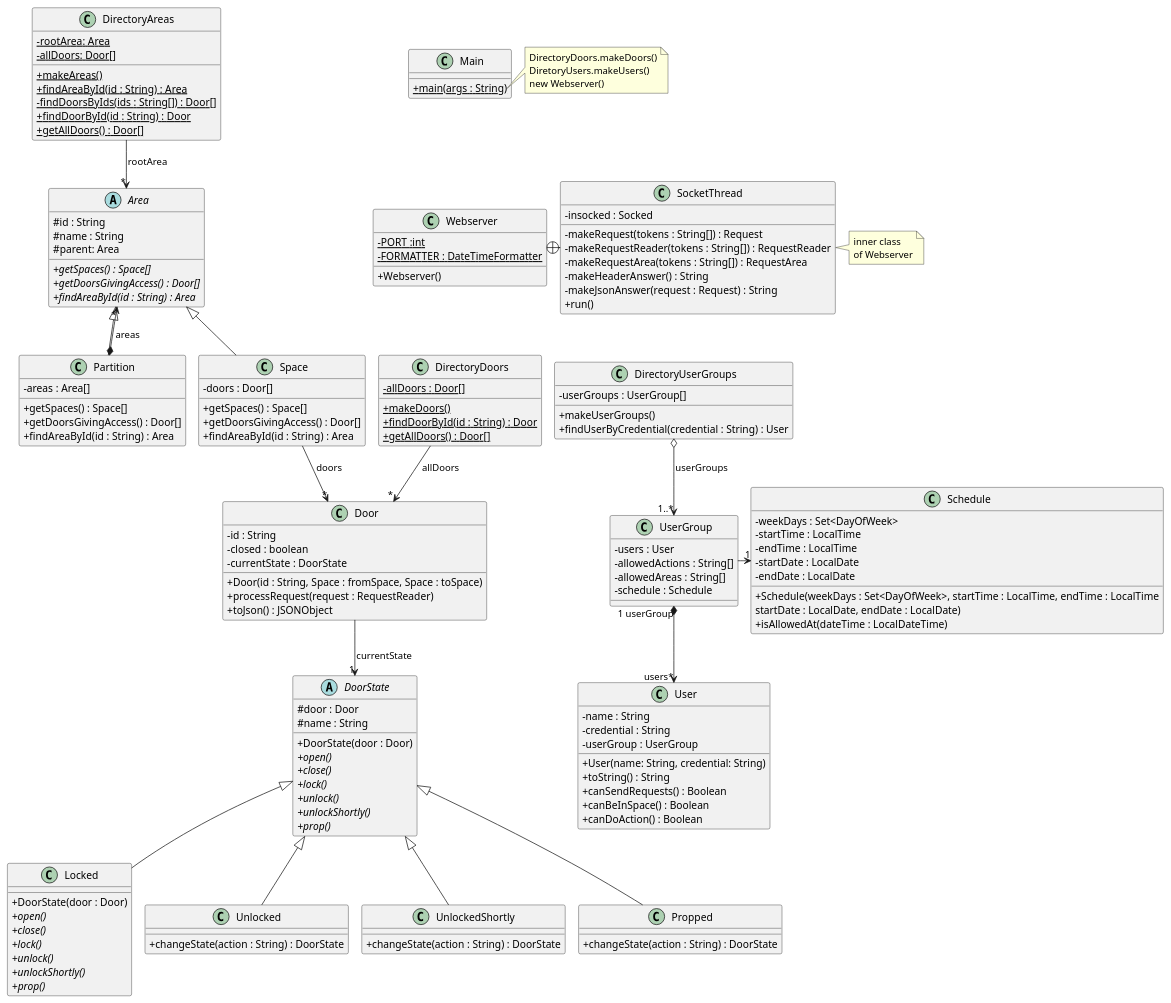
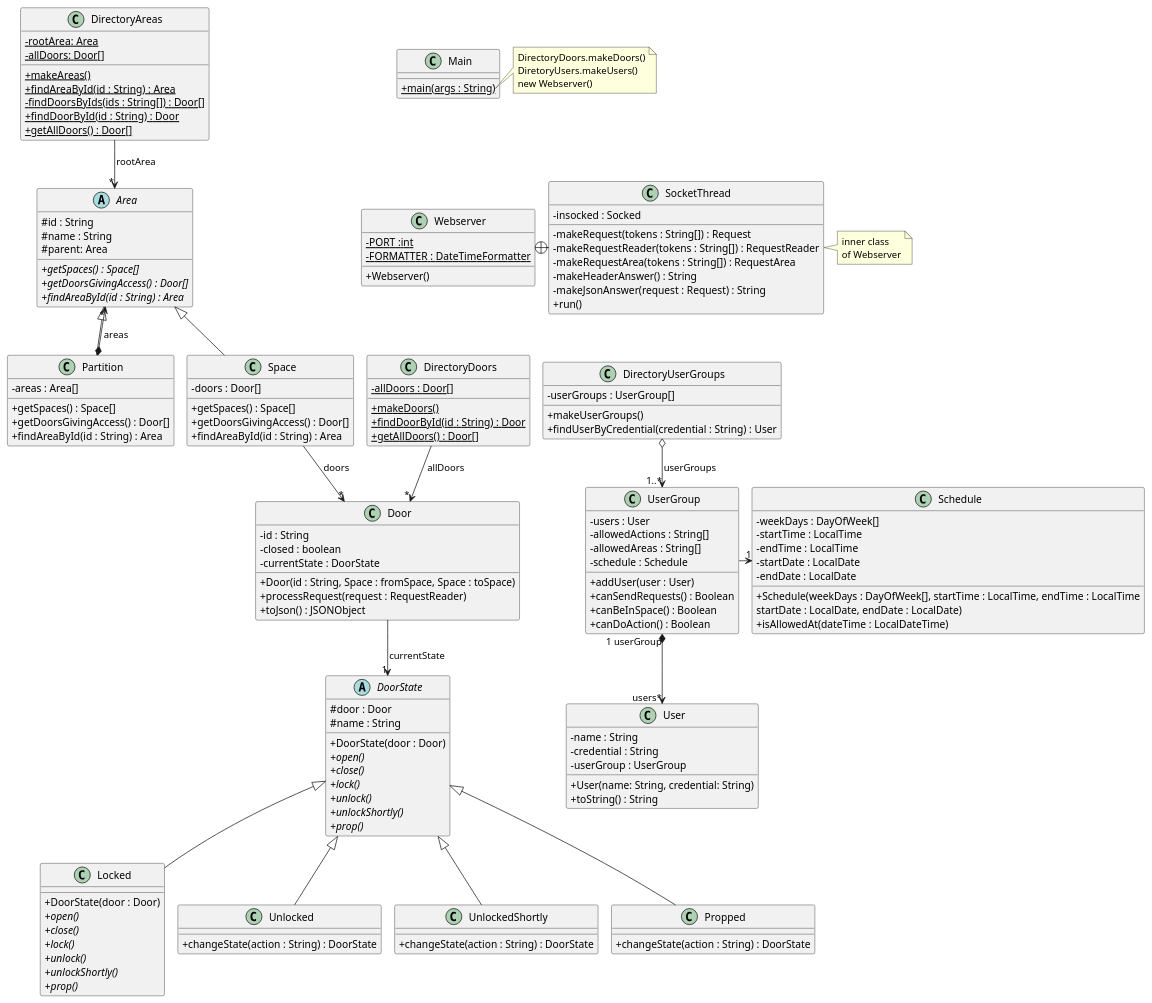
One commit to cantepoler/acs_uab changed the diagram in src/baseNoStates/uml/base_no_states.puml. Above: the diagram before and after it, drawn with PlantUML. The commit also changed 5 other files, not shown here.

```diff
--- a/src/baseNoStates/uml/base_no_states.puml
+++ b/src/baseNoStates/uml/base_no_states.puml
@@ -1,181 +1,182 @@
 @startuml
 'https://plantuml.com/class-diagram
 skinparam classAttributeIconSize 0
 !pragma layout smetana
 
 class Webserver {
 - {static} PORT :int
 - {static} FORMATTER : DateTimeFormatter
 + Webserver()
 }
 
 class SocketThread {
 - insocked : Socked
 - makeRequest(tokens : String[]) : Request
 - makeRequestReader(tokens : String[]) : RequestReader
 - makeRequestArea(tokens : String[]) : RequestArea
 - makeHeaderAnswer() : String
 - makeJsonAnswer(request : Request) : String
 + run()
 }
 
 Webserver +-right- SocketThread
 
 note right of SocketThread
 inner class
 of Webserver
 end note
 
 class DirectoryAreas
 {
 {static}-rootArea: Area
 {static}-allDoors: Door[]
 {static}+makeAreas()
 {static}+findAreaById(id : String) : Area
 {static}-findDoorsByIds(ids : String[]) : Door[]
 {static}+findDoorById(id : String) : Door
 {static}+getAllDoors() : Door[]
 }
 
 DirectoryAreas --> "*" Area : "rootArea"
 
 class DirectoryDoors {
 - {static} allDoors : Door[]
 + {static} makeDoors()
 + {static} findDoorById(id : String) : Door
 + {static} getAllDoors() : Door[]
 }
 
 DirectoryDoors --> "*" Door : "allDoors"
 
 class Door {
 - id : String
 - closed : boolean
 - currentState : DoorState
 + Door(id : String, Space : fromSpace, Space : toSpace)
 + processRequest(request : RequestReader)
 + toJson() : JSONObject
 
 '+ toString() : String
 '+ isClosed() :boolean
 '+ setClosed(b : boolean)
 '+ getStateName() : String
 
 }
 
 class DirectoryUserGroups {
 - userGroups : UserGroup[]
 + makeUserGroups()
 + findUserByCredential(credential : String) : User
 }
 
 DirectoryUserGroups o--> "1..*" UserGroup : "userGroups"
 UserGroup "1 userGroup"*-->"users*" User
 
 class UserGroup {
 - users : User
 - allowedActions : String[]
 - allowedAreas : String[]
 - schedule : Schedule
++ addUser(user : User)
++ canSendRequests() : Boolean
++ canBeInSpace() : Boolean
++ canDoAction() : Boolean
 }
 
 UserGroup -right->"1" Schedule
 
 class Schedule {
-- weekDays : Set<DayOfWeek>
+- weekDays : DayOfWeek[]
 - startTime : LocalTime
 - endTime : LocalTime
 - startDate : LocalDate
 - endDate : LocalDate
 
-+ Schedule(weekDays : Set<DayOfWeek>, startTime : LocalTime, endTime : LocalTime
++ Schedule(weekDays : DayOfWeek[], startTime : LocalTime, endTime : LocalTime
     startDate : LocalDate, endDate : LocalDate)
 + isAllowedAt(dateTime : LocalDateTime)
 }
 
 class User {
 - name : String
 - credential : String
 - userGroup : UserGroup
 + User(name: String, credential: String)
 + toString() : String
-+ canSendRequests() : Boolean
-+ canBeInSpace() : Boolean
-+ canDoAction() : Boolean
 }
 
 
 class Main {
 + {static} main(args : String)
 }
 
 abstract DoorState{
 # door : Door
 # name : String
 + DoorState(door : Door)
 {abstract}+ open()
 {abstract}+ close()
 {abstract}+ lock()
 {abstract}+ unlock()
 {abstract}+ unlockShortly()
 {abstract}+ prop()
 }
 
 class Locked extends DoorState{
 + DoorState(door : Door)
 {abstract}+ open()
 {abstract}+ close()
 {abstract}+ lock()
 {abstract}+ unlock()
 {abstract}+ unlockShortly()
 {abstract}+ prop()
 }
 
 class Unlocked extends DoorState{
 + changeState(action : String) : DoorState
 }
 
 class UnlockedShortly extends DoorState{
 + changeState(action : String) : DoorState
 }
 
 class Propped extends DoorState{
 + changeState(action : String) : DoorState
 }
 
 abstract Area{
 #id : String
 #name : String
 #parent: Area
 {abstract}+ getSpaces() : Space[]
 {abstract}+ getDoorsGivingAccess() : Door[]
 {abstract}+ findAreaById(id : String) : Area
 }
 
 class Space extends Area{
 - doors : Door[]
 + getSpaces() : Space[]
 + getDoorsGivingAccess() : Door[]
 + findAreaById(id : String) : Area
 }
 
 class Partition extends Area{
 - areas : Area[]
 + getSpaces() : Space[]
 + getDoorsGivingAccess() : Door[]
 + findAreaById(id : String) : Area
 }
 
 note right of Main::main
 DirectoryDoors.makeDoors()
 DiretoryUsers.makeUsers()
 new Webserver()
 end note
 
 Main -[hidden]down- Webserver
 Webserver -[hidden]down- DirectoryDoors
 DirectoryDoors -[hidden]right- DirectoryUserGroups
 Door -->"1" DoorState : currentState
 Partition *-->"*" Area : areas
 Space -->"*" Door : doors
 @enduml
```
